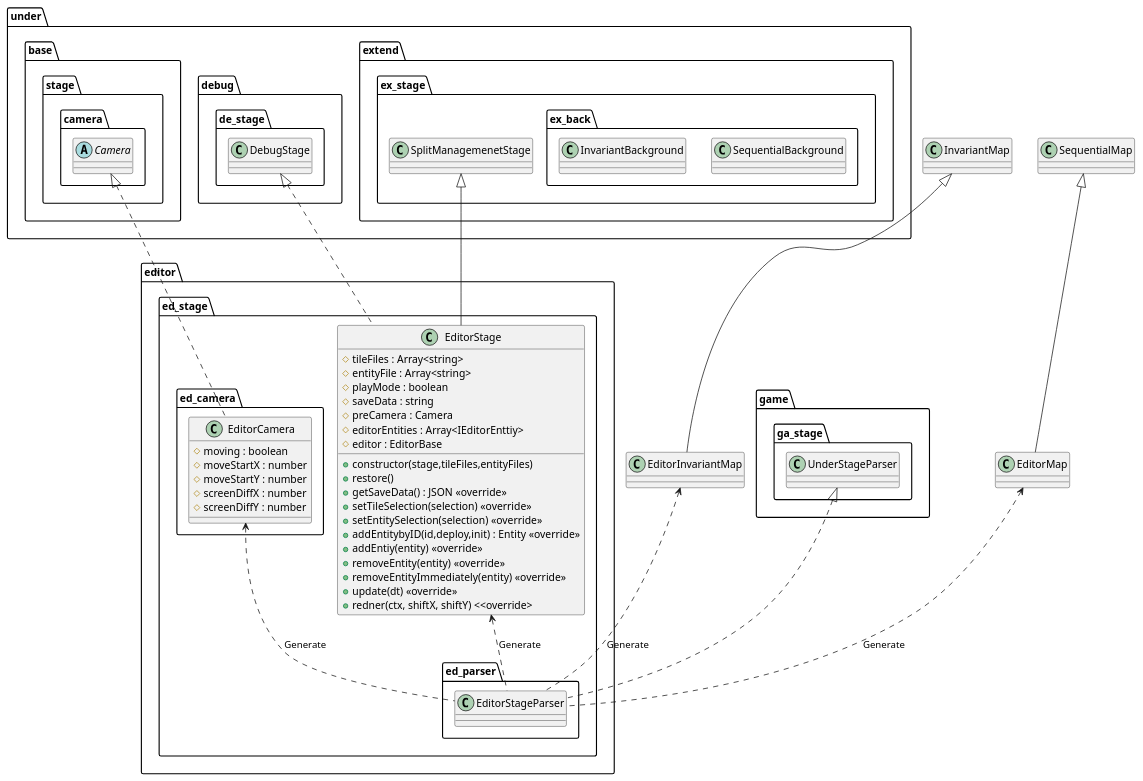
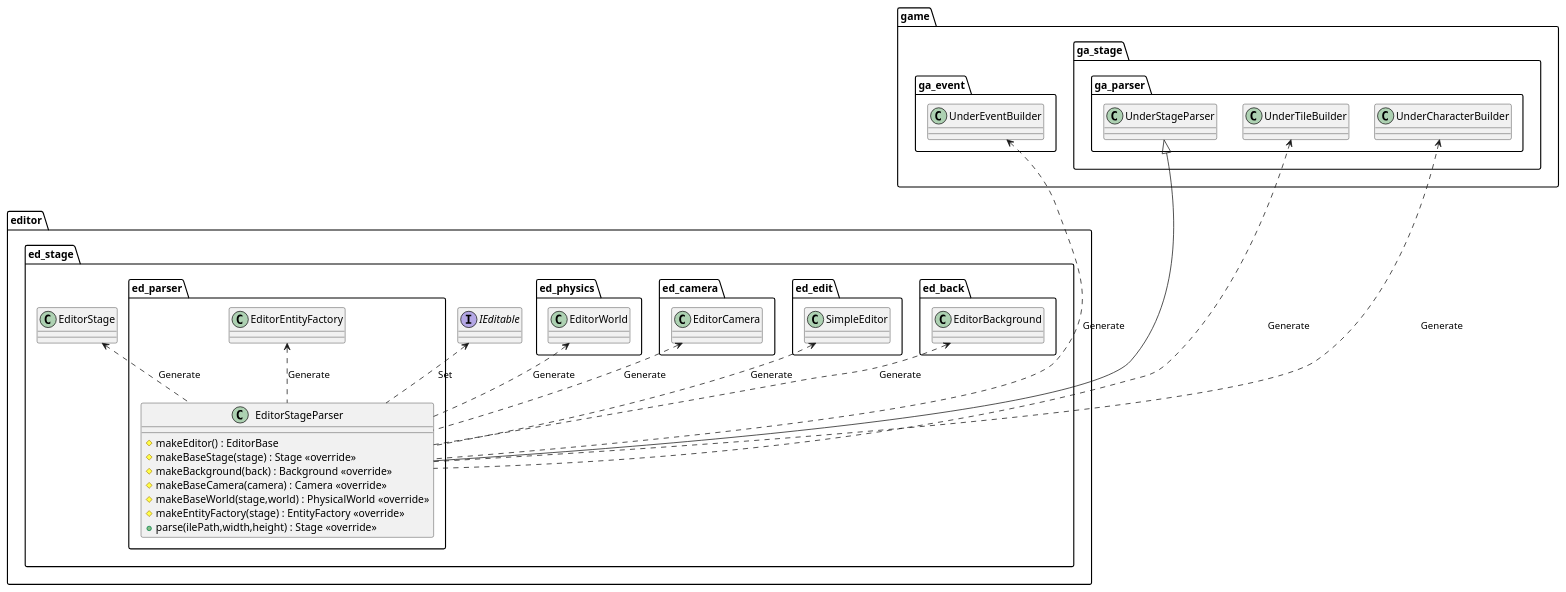
The diagram in uml/editor/Parser.wsd (Expine/Under), drawn with PlantUML before and after one commit. The commit also changed 21 other files, not shown here.

Commit message:
Fix editor element, enable to save and move debug function

```diff
--- a/uml/editor/Parser.wsd
+++ b/uml/editor/Parser.wsd
@@ -1,83 +1,66 @@
-@startuml EditorStage
+@startuml EditorParser
 
 package editor {
     package ed_stage {
-        class EditorStage {
-            +constructor(stage,tileFiles,entityFiles)
-            #tileFiles : Array<string>
-            #entityFile : Array<string>
-            #playMode : boolean
-            #saveData : string
-            #preCamera : Camera
-            #editorEntities : Array<IEditorEnttiy>
-            #editor : EditorBase
-            +restore()
-            +getSaveData() : JSON <<override>>
-            +setTileSelection(selection) <<override>>
-            +setEntitySelection(selection) <<override>>
-            +addEntitybyID(id,deploy,init) : Entity <<override>>
-            +addEntiy(entity) <<override>>
-            +removeEntity(entity) <<override>>
-            +removeEntityImmediately(entity) <<override>>
-            +update(dt) <<override>>
-            +redner(ctx, shiftX, shiftY) <<override>
-        }
-
         package ed_parser {
-            class EditorStageParser
-        }
-        package ed_camera {
-            class EditorCamera {
-                #moving : boolean
-                #moveStartX : number
-                #moveStartY : number
-                #screenDiffX : number
-                #screenDiffY : number
-            }
-        }
-    }
-}
-
-package under {
-    package base {
-        package stage {
-            package camera {
-                abstract Camera
-            }
-        }
-    }
-    package debug {
-        package de_stage {
-            class DebugStage
-        }
-    }
-    package extend {
-        package ex_stage {
-            class SplitManagemenetStage
-            package ex_back {
-                class SequentialBackground
-                class InvariantBackground
+            class EditorStageParser {
+                #makeEditor() : EditorBase
+                #makeBaseStage(stage) : Stage <<override>>
+                #makeBackground(back) : Background <<override>>
+                #makeBaseCamera(camera) : Camera <<override>>
+                #makeBaseWorld(stage,world) : PhysicalWorld <<override>>
+                #makeEntityFactory(stage) : EntityFactory <<override>>
+                +parse(ilePath,width,height) : Stage <<override>>
             }
         }
     }
 }
 
 package game {
+    package ga_event {
+        class UnderEventBuilder
+    }
     package ga_stage {
-        class UnderStageParser
+        package ga_parser {
+            class UnderStageParser
+            class UnderTileBuilder
+            class UnderCharacterBuilder
+        }
+    }
+}
+package editor {
+    package ed_stage {
+        interface IEditable
+        class EditorStage
+        package ed_back {
+            class EditorBackground
+        }
+        package ed_edit {
+            class SimpleEditor
+        }
+        package ed_camera {
+            class EditorCamera
+        }
+        package ed_physics {
+            class EditorWorld
+        }
+        package ed_parser {
+            class EditorEntityFactory
+        }
     }
 }
 
-EditorStage <.. EditorStageParser : "Generate"
-EditorCamera <.. EditorStageParser : "Generate"
-EditorMap <.. EditorStageParser : "Generate"
-EditorInvariantMap <.. EditorStageParser : "Generate"
+SimpleEditor <.. EditorStageParser : Generate
+EditorStage <.. EditorStageParser : Generate
+EditorBackground <.. EditorStageParser : Generate
+EditorCamera <.. EditorStageParser : Generate
+EditorWorld <.. EditorStageParser : Generate
+EditorEntityFactory <.. EditorStageParser : Generate
+UnderTileBuilder <... EditorStageParser : Generate
+UnderCharacterBuilder <... EditorStageParser : Generate
+UnderEventBuilder <... EditorStageParser : Generate
+IEditable <.. EditorStageParser : Set
 
-DebugStage <|.. EditorStage
-Camera <|.. EditorCamera
-UnderStageParser <|.. EditorStageParser
-SplitManagemenetStage <|-- EditorStage
-SequentialMap <|-- EditorMap
-InvariantMap <|-- EditorInvariantMap
+UnderStageParser <|--- EditorStageParser
 
 @enduml
```
